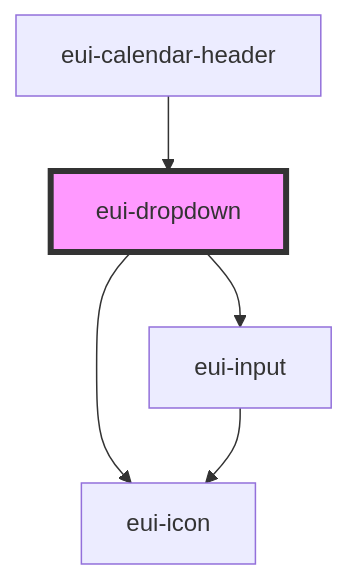
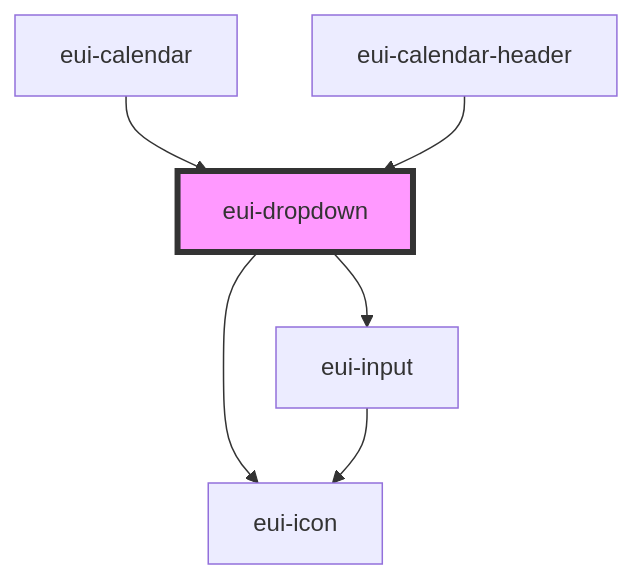
One commit to pnd-amirhosein/U_and_I changed the diagram in ensemble-ui/src/components/dropdown/readme.md. Above: the diagram before and after it, drawn with Mermaid. The commit also changed other lines of this file and 12 other files, not shown here.

````diff
--- a/ensemble-ui/src/components/dropdown/readme.md
+++ b/ensemble-ui/src/components/dropdown/readme.md
@@ -40,8 +41,9 @@
 ```mermaid
 graph TD;
   eui-dropdown --> eui-icon
   eui-dropdown --> eui-input
   eui-input --> eui-icon
+  eui-calendar --> eui-dropdown
   eui-calendar-header --> eui-dropdown
   style eui-dropdown fill:#f9f,stroke:#333,stroke-width:4px
 ```
````
